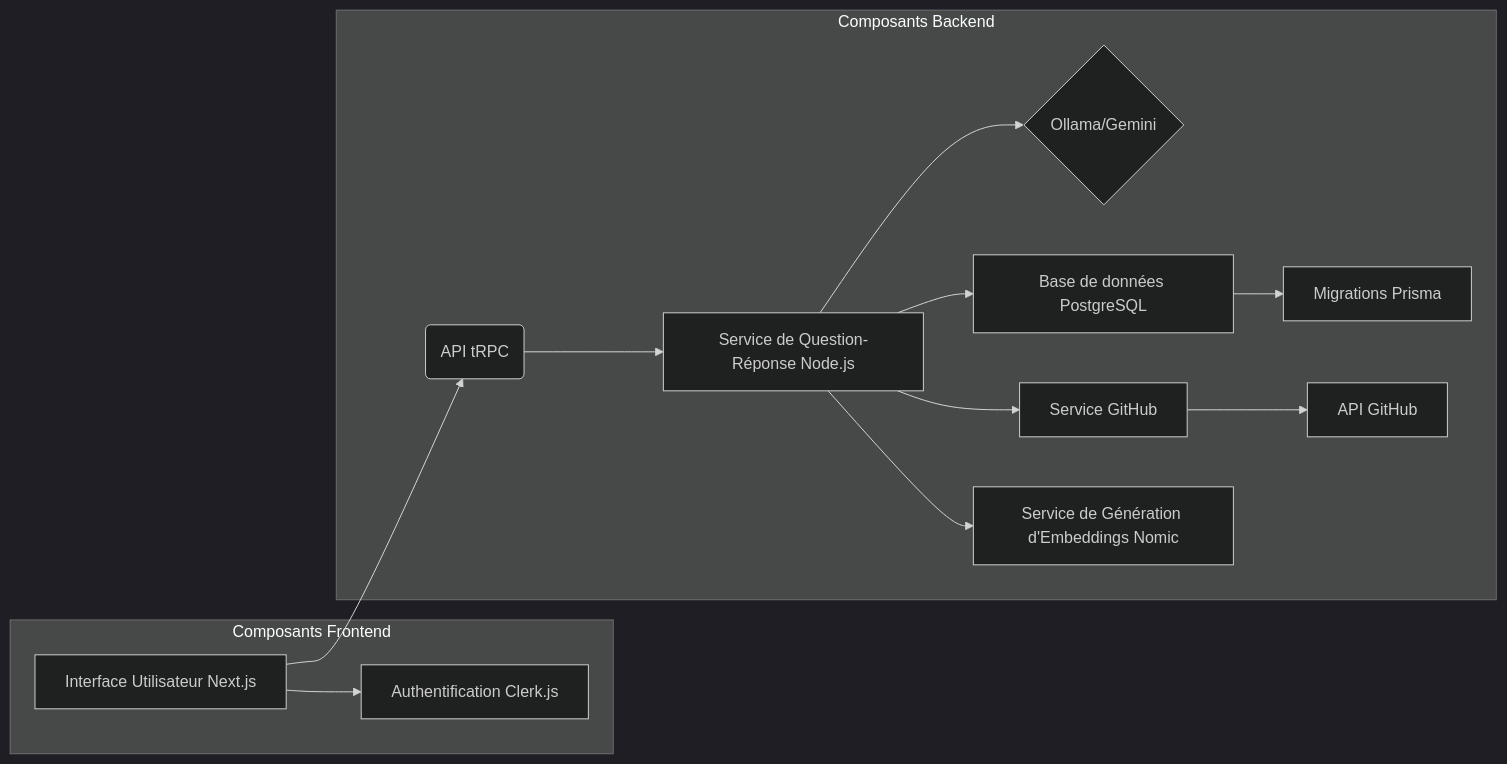
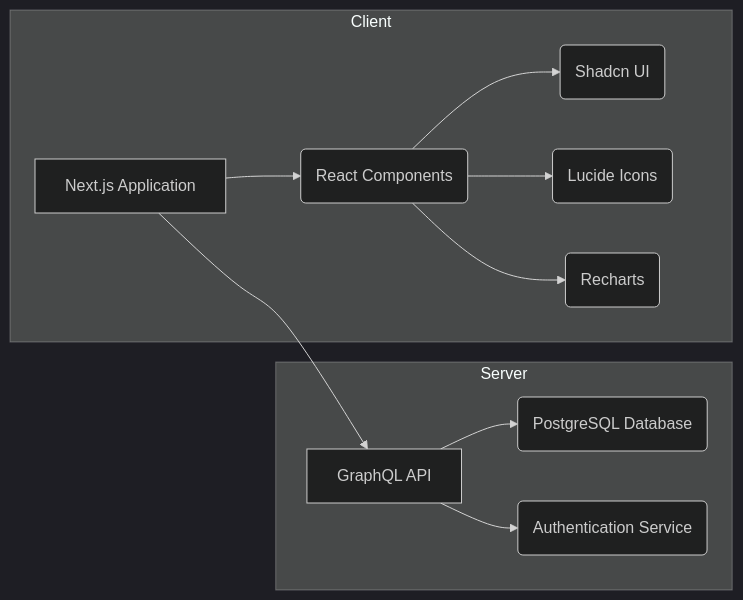
Before and after one commit to pcaboor/langchain-nextjs: the diagram in README.md, drawn with Mermaid (dark theme). The commit also changed other lines of this file, not shown here.

````diff
--- a/README.md
+++ b/README.md
@@ -47,28 +41,14 @@
 ```mermaid
 graph LR
-    A[Interface Utilisateur Next.js] --> B(API tRPC);
-    B --> C[Service de Question-Réponse Node.js];
-    C --> D{Ollama/Gemini};
-    C --> E[Base de données PostgreSQL];
-    E --> F[Migrations Prisma];
-    A --> G[Authentification Clerk.js];
-    C --> H[Service GitHub];
-    H --> I[API GitHub];
-    C --> J[Service de Génération d'Embeddings Nomic];
-    
-    subgraph "Composants Frontend"
-        A
-        G
+    subgraph Client
+        A[Next.js Application] --> B(React Components);
+        B --> C(Shadcn UI);
+        B --> D(Lucide Icons);
+        B --> E(Recharts);
     end
-    subgraph "Composants Backend"
-        B
-        C
-        D
-        E
-        F
-        H
-        I
-        J
+    subgraph Server
+        F[GraphQL API] --> G(PostgreSQL Database);
+        F --> H(Authentication Service);
     end
-
+    A --> F;
 ```
````
